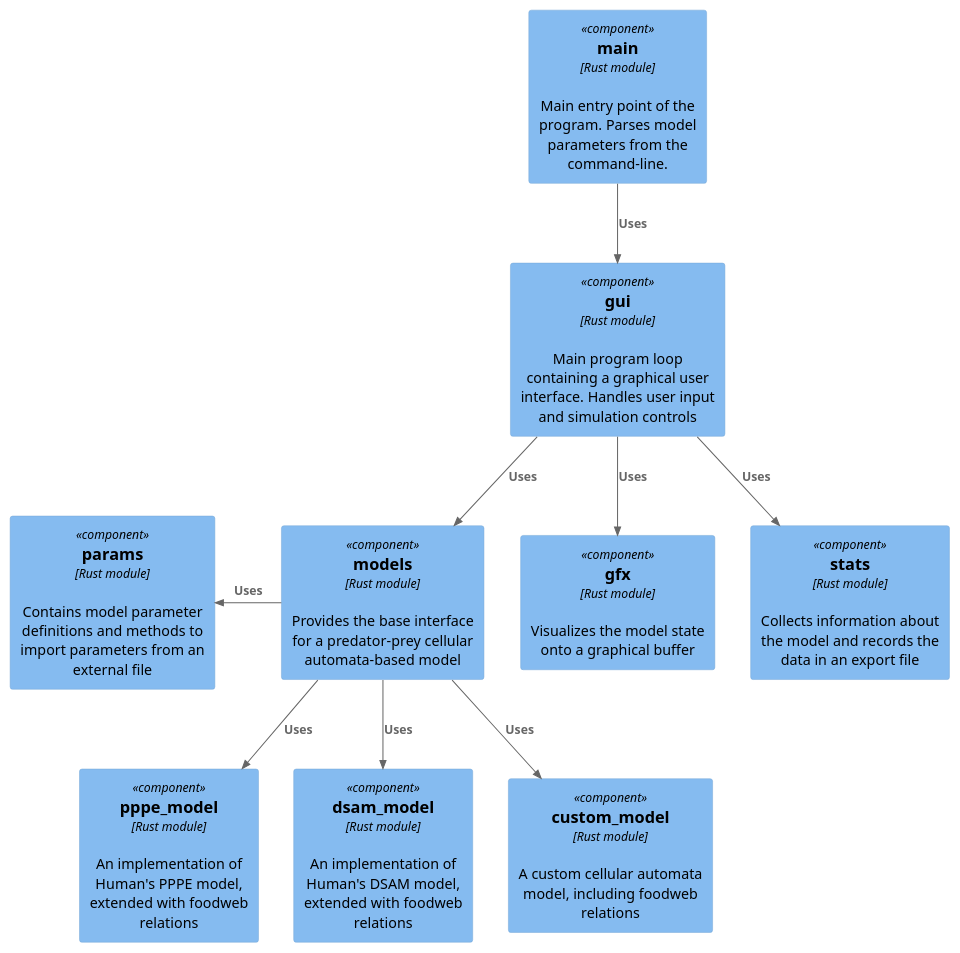
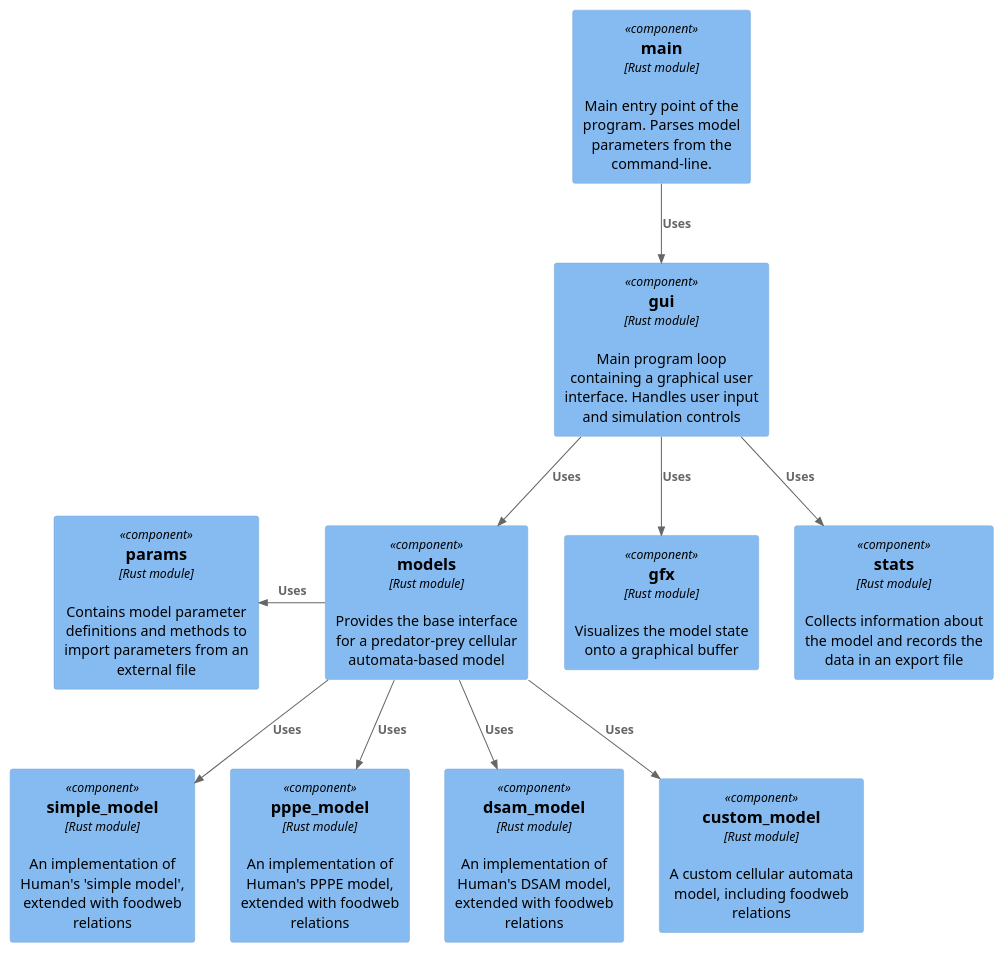
The diagram in design/component-diagram.plantuml (cuiter/2d-predator-prey-model), drawn with PlantUML before and after one commit. The commit also changed 1 other file, not shown here.

Commit message:
Add simple_model component to component diagram

```diff
--- a/design/component-diagram.plantuml
+++ b/design/component-diagram.plantuml
@@ -1,29 +1,31 @@
 @startuml
 
 !include https://raw.githubusercontent.com/plantuml-stdlib/C4-PlantUML/v2.3.0/C4_Context.puml
 !include https://raw.githubusercontent.com/plantuml-stdlib/C4-PlantUML/v2.3.0/C4_Container.puml
 !include https://raw.githubusercontent.com/plantuml-stdlib/C4-PlantUML/v2.3.0/C4_Component.puml
 
 Component(main_component, "main", "Rust module", "Main entry point of the program. Parses model parameters from the command-line.")
 Component(gui_component, "gui", "Rust module", "Main program loop containing a graphical user interface. Handles user input and simulation controls")
 Component(gfx_component, "gfx", "Rust module", "Visualizes the model state onto a graphical buffer")
 Component(stats_component, "stats", "Rust module", "Collects information about the model and records the data in an export file")
 
 Component(params_component, "params", "Rust module", "Contains model parameter definitions and methods to import parameters from an external file")
 Component(models_component, "models", "Rust module", "Provides the base interface for a predator-prey cellular automata-based model")
+Component(simple_model_component, "simple_model", "Rust module", "An implementation of Human's 'simple model', extended with foodweb relations")
 Component(pppe_model_component, "pppe_model", "Rust module", "An implementation of Human's PPPE model, extended with foodweb relations")
 Component(dsam_model_component, "dsam_model", "Rust module", "An implementation of Human's DSAM model, extended with foodweb relations")
 Component(custom_model_component, "custom_model", "Rust module", "A custom cellular automata model, including foodweb relations")
 
 Rel(main_component, gui_component, "Uses")
 
+Rel(models_component, simple_model_component, "Uses")
 Rel(models_component, pppe_model_component, "Uses")
 Rel(models_component, dsam_model_component, "Uses")
 Rel(models_component, custom_model_component, "Uses")
 Rel_L(models_component, params_component, "Uses")
 
 Rel(gui_component, models_component, "Uses")
 Rel(gui_component, gfx_component, "Uses")
 Rel(gui_component, stats_component, "Uses")
 
 @enduml
```
